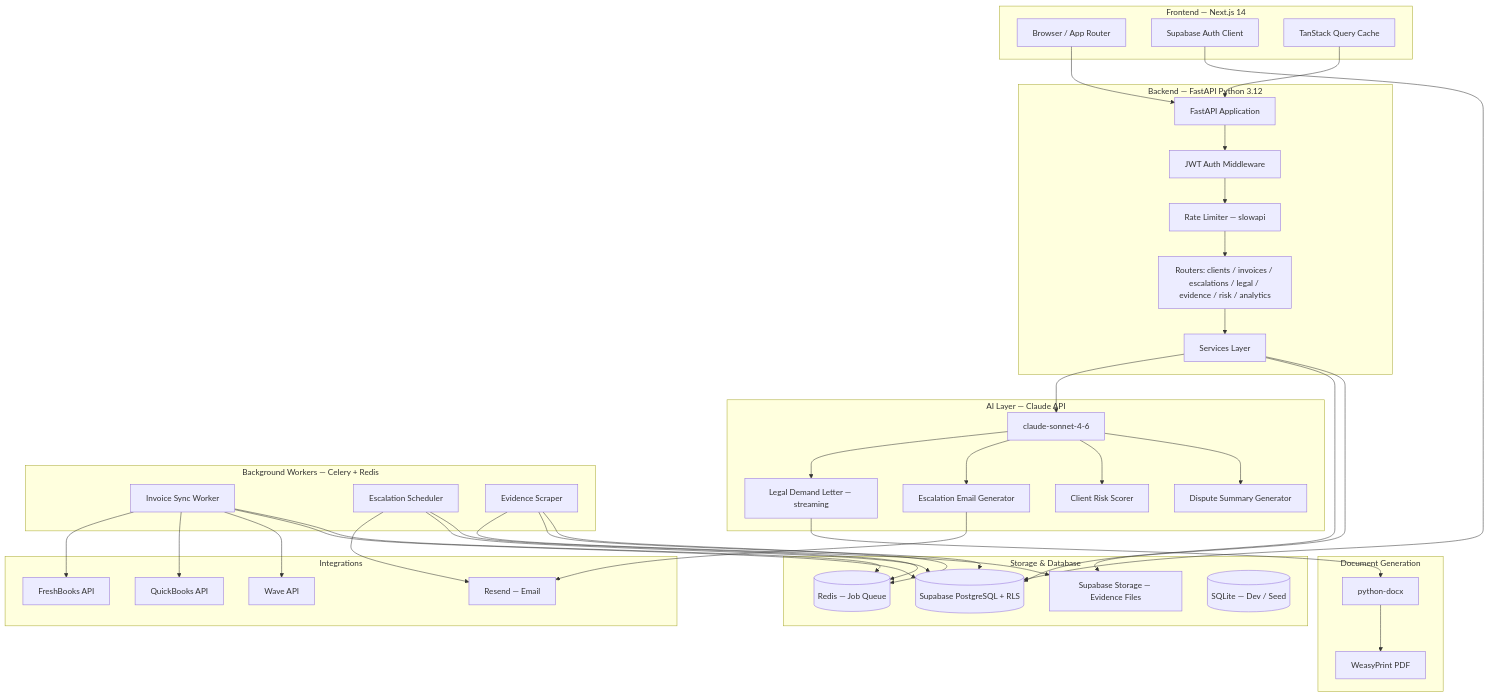
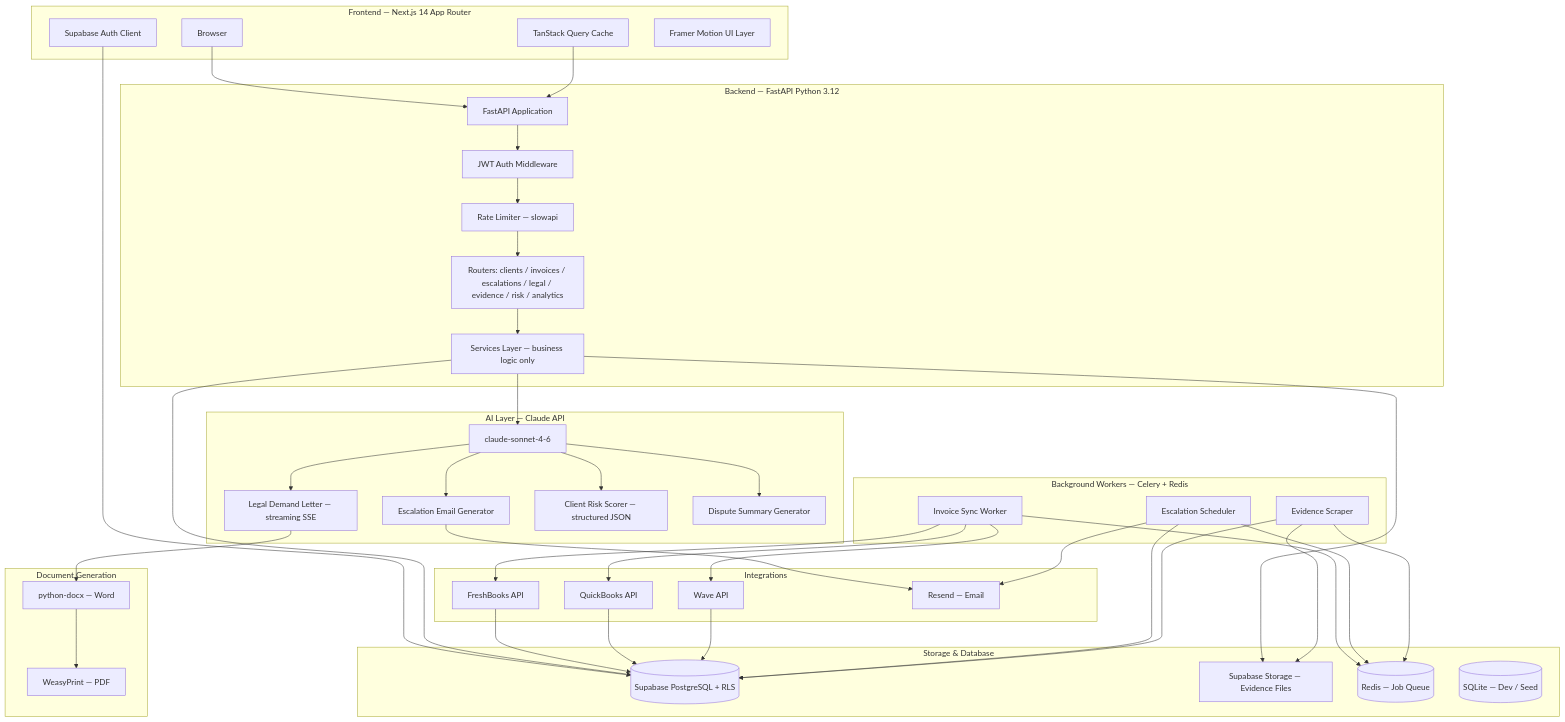
The first of 2 diagrams in README.md (RudrenduPaul/freelancer-payment-protection), drawn with Mermaid before and after one commit. The commit also changed other lines of this file and 10 other files, not shown here.

````diff
--- a/README.md
+++ b/README.md
@@ -214,72 +210,66 @@
 ```mermaid
 graph TB
-    subgraph "Frontend — Next.js 14"
-        A[Browser / App Router]
+    subgraph "Frontend — Next.js 14 App Router"
+        A[Browser]
         B[Supabase Auth Client]
         C[TanStack Query Cache]
+        D[Framer Motion UI Layer]
     end
 
     subgraph "Backend — FastAPI Python 3.12"
-        D[FastAPI Application]
-        E[JWT Auth Middleware]
-        F[Rate Limiter — slowapi]
-        G[Routers: clients / invoices / escalations / legal / evidence / risk / analytics]
-        H[Services Layer]
+        E[FastAPI Application]
+        F[JWT Auth Middleware]
+        G[Rate Limiter — slowapi]
+        H[Routers: clients / invoices / escalations / legal / evidence / risk / analytics]
+        I[Services Layer — business logic only]
     end
 
     subgraph "AI Layer — Claude API"
-        I[claude-sonnet-4-6]
-        J[Legal Demand Letter — streaming]
-        K[Escalation Email Generator]
-        L[Client Risk Scorer]
-        M[Dispute Summary Generator]
+        J[claude-sonnet-4-6]
+        K[Legal Demand Letter — streaming SSE]
+        L[Escalation Email Generator]
+        M[Client Risk Scorer — structured JSON]
+        N[Dispute Summary Generator]
     end
 
     subgraph "Document Generation"
-        N[python-docx]
-        O[WeasyPrint PDF]
+        O[python-docx — Word]
+        P[WeasyPrint — PDF]
     end
 
     subgraph "Background Workers — Celery + Redis"
-        P[Invoice Sync Worker]
-        Q[Escalation Scheduler]
-        R[Evidence Scraper]
+        Q[Invoice Sync Worker]
+        R[Escalation Scheduler]
+        S[Evidence Scraper]
     end
 
     subgraph "Storage & Database"
-        S[(Supabase PostgreSQL + RLS)]
-        T[Supabase Storage — Evidence Files]
-        U[(Redis — Job Queue)]
-        V[(SQLite — Dev / Seed)]
+        T[(Supabase PostgreSQL + RLS)]
+        U[Supabase Storage — Evidence Files]
+        V[(Redis — Job Queue)]
+        W[(SQLite — Dev / Seed)]
     end
 
     subgraph "Integrations"
-        W[FreshBooks API]
-        X[QuickBooks API]
-        Y[Wave API]
-        Z[Resend — Email]
+        X[FreshBooks API]
+        Y[QuickBooks API]
+        Z[Wave API]
+        AA[Resend — Email]
     end
 
-    A --> D
-    B --> S
-    C --> D
-    D --> E --> F --> G --> H
-    H --> I
-    I --> J --> N --> O
-    I --> K --> Z
-    I --> L
-    I --> M
-    H --> S
-    H --> T
-    P --> W
-    P --> X
-    P --> Y
-    P --> S
-    Q --> Z
-    Q --> S
-    R --> T
-    R --> S
-    P --> U
-    Q --> U
-    R --> U
+    A --> E
+    B --> T
+    C --> E
+    E --> F --> G --> H --> I
+    I --> J
+    J --> K --> O --> P
+    J --> L --> AA
+    J --> M
+    J --> N
+    I --> T
+    I --> U
+    Q --> X & Y & Z --> T
+    R --> AA & T
+    S --> U & T
+    Q & R & S --> V
 ```
````
